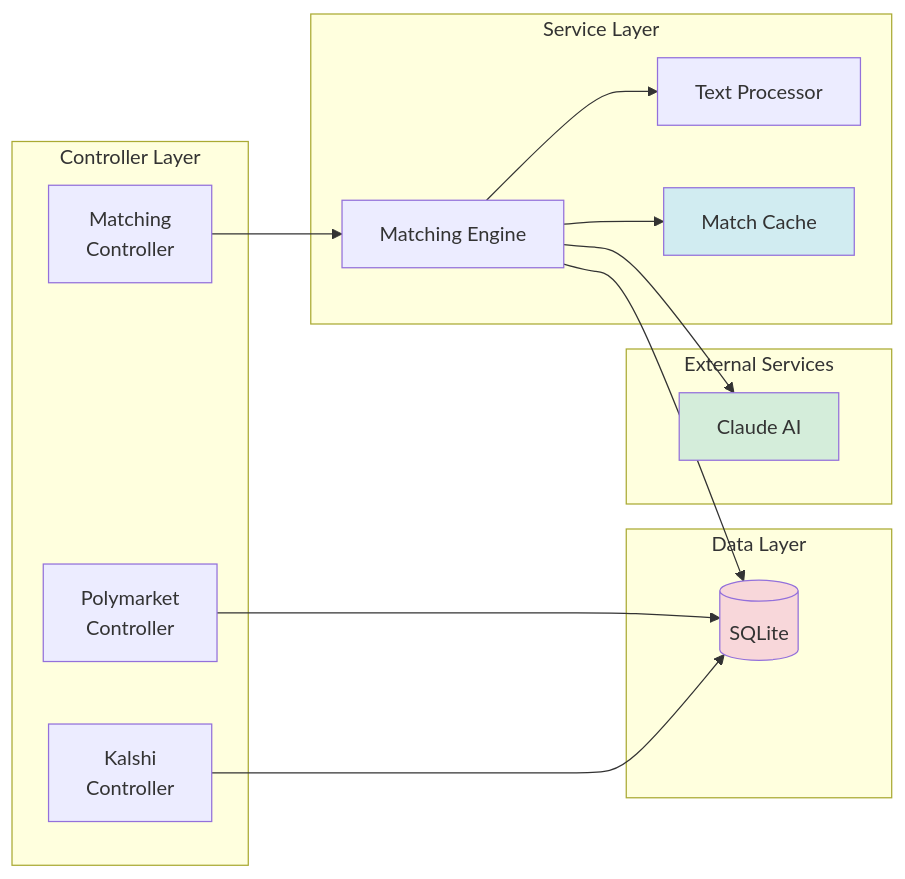
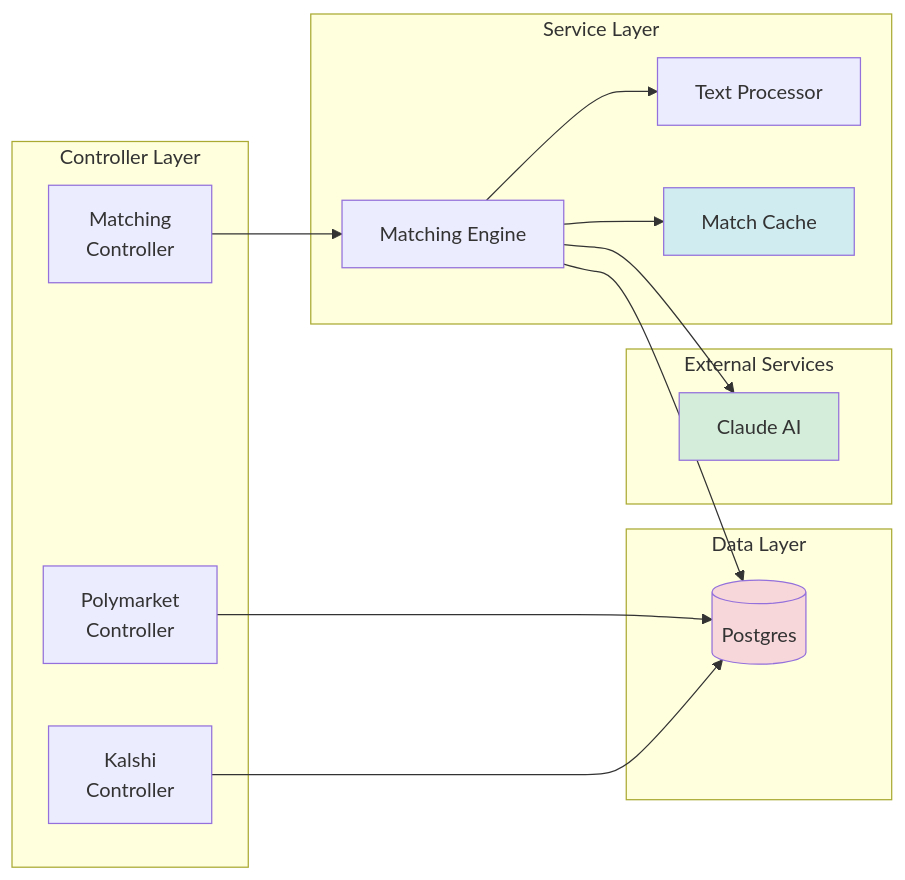
One commit to ivaaak/PredictionMarket-Arbitrage changed the third of 8 diagrams in architecture.md. Above: the diagram before and after it, drawn with Mermaid. The commit also changed other lines of this file and 16 other files, not shown here.

````diff
--- a/architecture.md
+++ b/architecture.md
@@ -132,34 +132,34 @@
 ```mermaid
 graph LR
     subgraph "Data Layer"
-        DB[(SQLite)]
+        DB[(Postgres)]
     end
     
     subgraph "Service Layer"
         ME[Matching Engine]
         TP[Text Processor]
         MC[Match Cache]
     end
     
     subgraph "Controller Layer"
         PMC[Polymarket<br/>Controller]
         KLC[Kalshi<br/>Controller]
         MTC[Matching<br/>Controller]
     end
     
     subgraph "External Services"
         CLAUDE[Claude AI]
     end
     
     PMC --> DB
     KLC --> DB
     MTC --> ME
     ME --> TP
     ME --> MC
     ME --> CLAUDE
     ME --> DB
     
     style DB fill:#f8d7da
     style CLAUDE fill:#d4edda
     style MC fill:#d1ecf1
 ```
````
